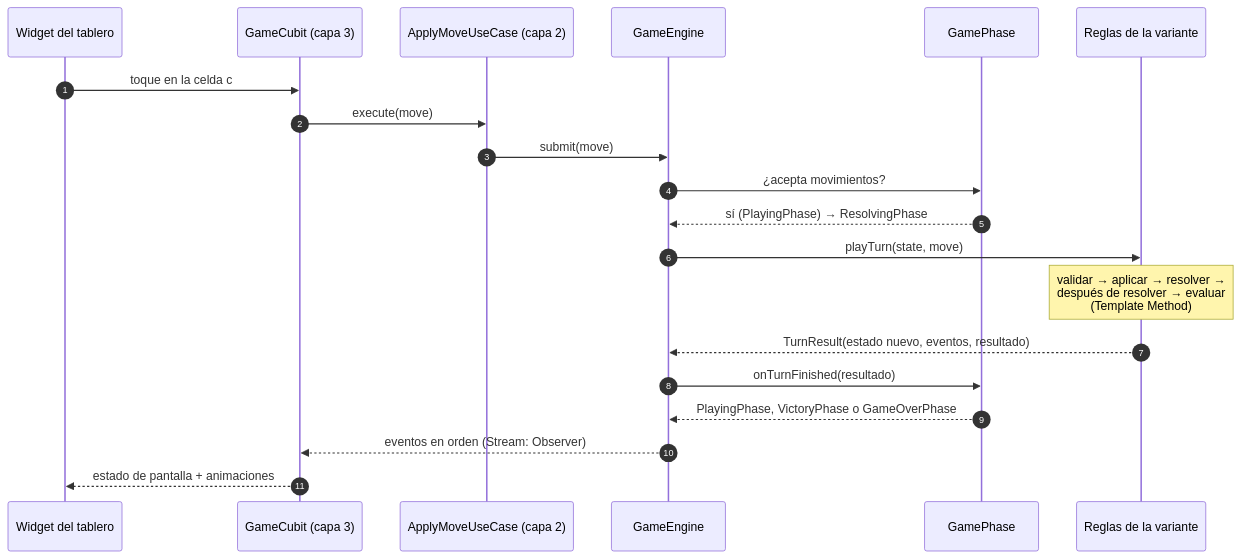
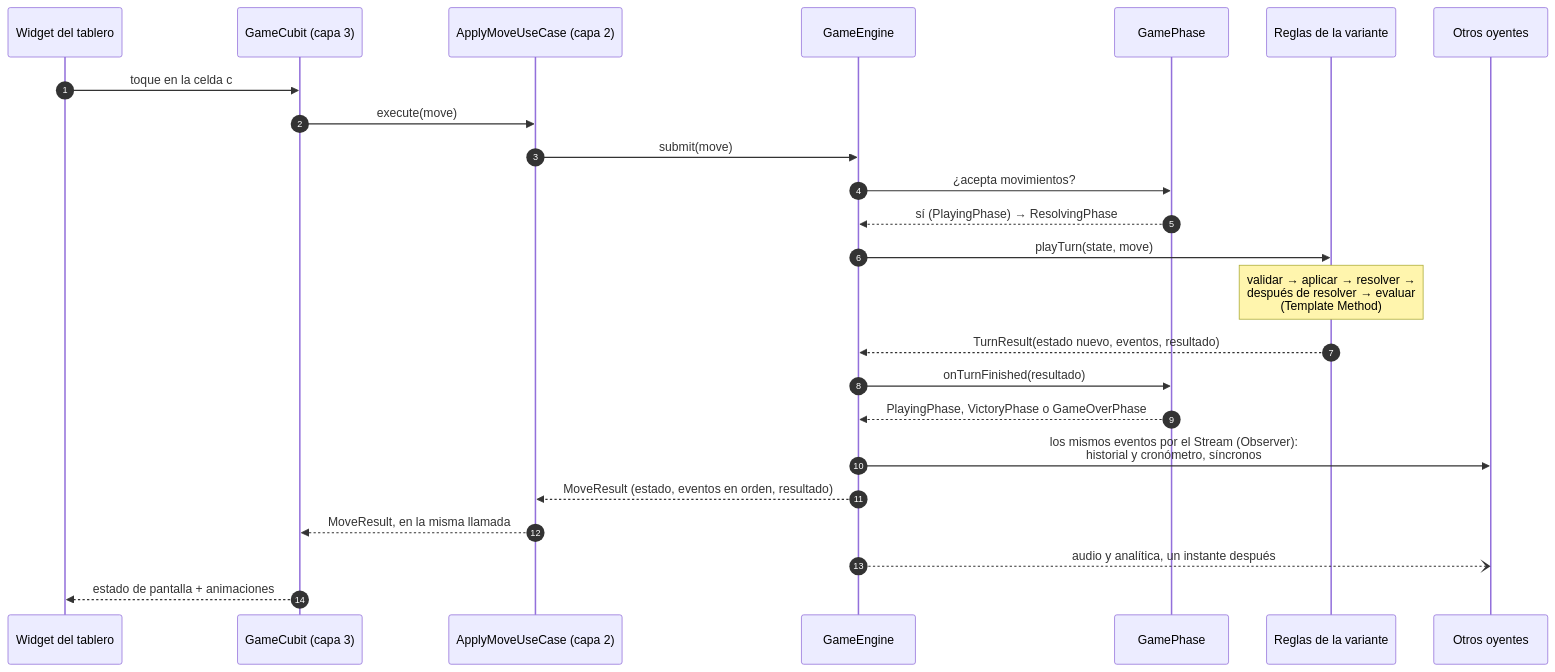
The second of 2 diagrams in docs/architecture/ARQ-02-MOTOR.md (DanielHaro28/hexablock-app), drawn with Mermaid before and after one commit. The commit also changed other lines of this file and 3 other files, not shown here.

````diff
--- a/docs/architecture/ARQ-02-MOTOR.md
+++ b/docs/architecture/ARQ-02-MOTOR.md
@@ -96,22 +96,26 @@
 ```mermaid
 sequenceDiagram
     autonumber
     participant UI as Widget del tablero
     participant CU as GameCubit (capa 3)
     participant UC as ApplyMoveUseCase (capa 2)
     participant EN as GameEngine
     participant PH as GamePhase
     participant RU as Reglas de la variante
+    participant OB as Otros oyentes
     UI->>CU: toque en la celda c
     CU->>UC: execute(move)
     UC->>EN: submit(move)
     EN->>PH: ¿acepta movimientos?
     PH-->>EN: sí (PlayingPhase) → ResolvingPhase
     EN->>RU: playTurn(state, move)
     Note over RU: validar → aplicar → resolver →<br/>después de resolver → evaluar<br/>(Template Method)
     RU-->>EN: TurnResult(estado nuevo, eventos, resultado)
     EN->>PH: onTurnFinished(resultado)
     PH-->>EN: PlayingPhase, VictoryPhase o GameOverPhase
-    EN-->>CU: eventos en orden (Stream: Observer)
+    EN->>OB: los mismos eventos por el Stream (Observer):<br/>historial y cronómetro, síncronos
+    EN-->>UC: MoveResult (estado, eventos en orden, resultado)
+    UC-->>CU: MoveResult, en la misma llamada
+    EN--)OB: audio y analítica, un instante después
     CU-->>UI: estado de pantalla + animaciones
 ```
````
